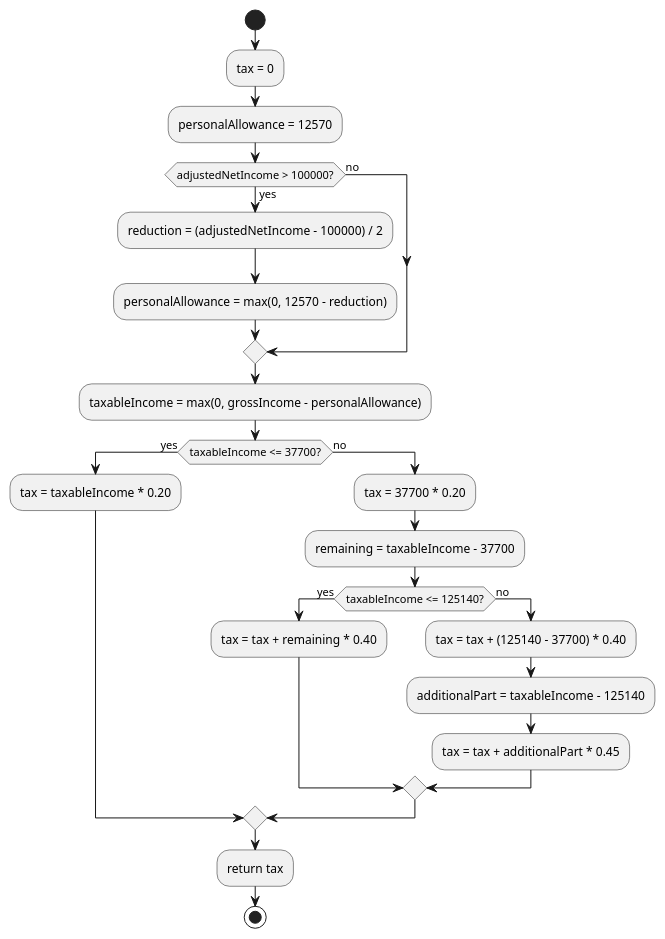
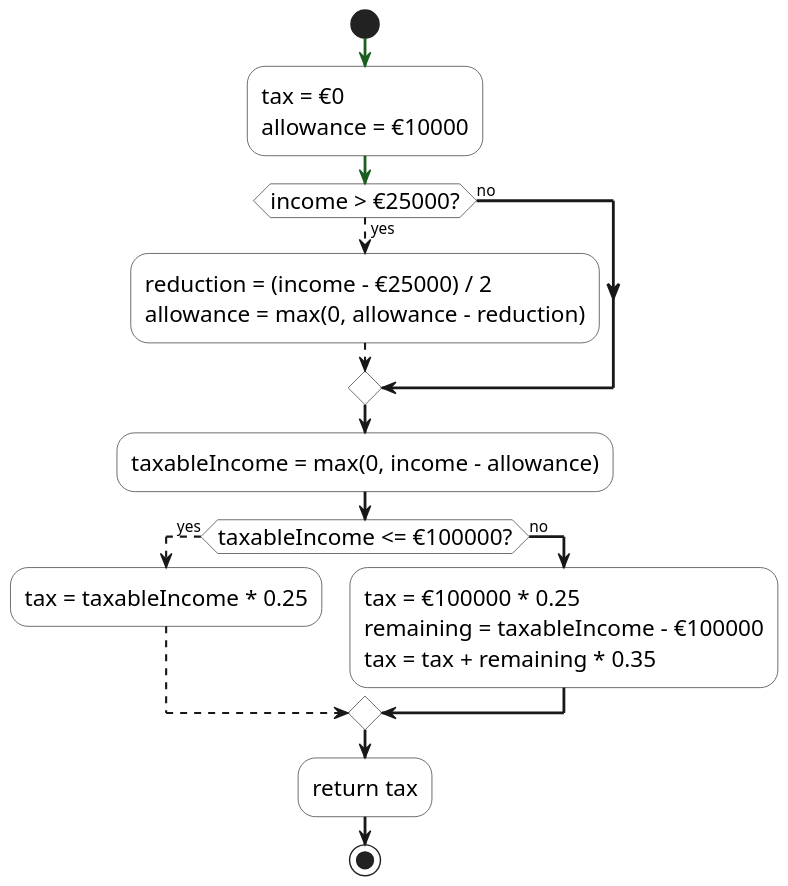
One commit to inponomarev/coverage-talk changed diagram 15 of 15 in src/main/asciidoc/lecture.adoc. Above: the diagram before and after it, drawn with PlantUML. The commit also changed other lines of this file and 7 other files, not shown here.

```diff
--- a/src/main/asciidoc/lecture.adoc
+++ b/src/main/asciidoc/lecture.adoc
@@ -588,37 +1062,48 @@
-[plantuml,uktax,png]
+[plantuml,tax_impossible,png]
 ----
 @startuml
+!pragma useVerticalIf on
+skinparam dpi 135
+skinparam shadowing false
+skinparam defaultFontName Helvetica
+skinparam activity {
+  FontSize 16
+  BorderColor #333333
+  BackgroundColor white
+  DiamondBorderColor #333333
+  DiamondBackgroundColor white
+}
+
 start
-
-:tax = 0;
-:personalAllowance = 12570;
-
-if (adjustedNetIncome > 100000?) then (yes)
-  :reduction = (adjustedNetIncome - 100000) / 2;
-  :personalAllowance = max(0, 12570 - reduction);
+-[#1b5e20,bold]->
+:tax = €0\nallowance = €10000;
+-[#1b5e20,bold]->
+if (income > €25000?) then (yes)
+  -[dashed]->
+  :reduction = (income - €25000) / 2\nallowance = max(0, allowance - reduction);
+  -[dashed]->
 else (no)
-
+-[bold]->
 endif
-
-:taxableIncome = max(0, grossIncome - personalAllowance);
-
-if (taxableIncome <= 37700?) then (yes)
-  :tax = taxableIncome * 0.20;
+-[bold]->
+:taxableIncome = max(0, income - allowance);
+-[bold]->
+if (taxableIncome <= €100000?) then (yes)
+  -[dashed]->
+  :tax = taxableIncome * 0.25;
+  -[dashed]->
 else (no)
-  :tax = 37700 * 0.20;
-  :remaining = taxableIncome - 37700;
-
-  if (taxableIncome <= 125140?) then (yes)
-    :tax = tax + remaining * 0.40;
-  else (no)
-    :tax = tax + (125140 - 37700) * 0.40;
-    :additionalPart = taxableIncome - 125140;
-    :tax = tax + additionalPart * 0.45;
-  endif
+  -[bold]->
+  :tax = €100000 * 0.25
+  remaining = taxableIncome - €100000
+  tax = tax + remaining * 0.35;
+  -[bold]->
 endif
-
+-[bold]->
 :return tax;
+-[bold]->
 
 stop
 @enduml
+
 ----
```
